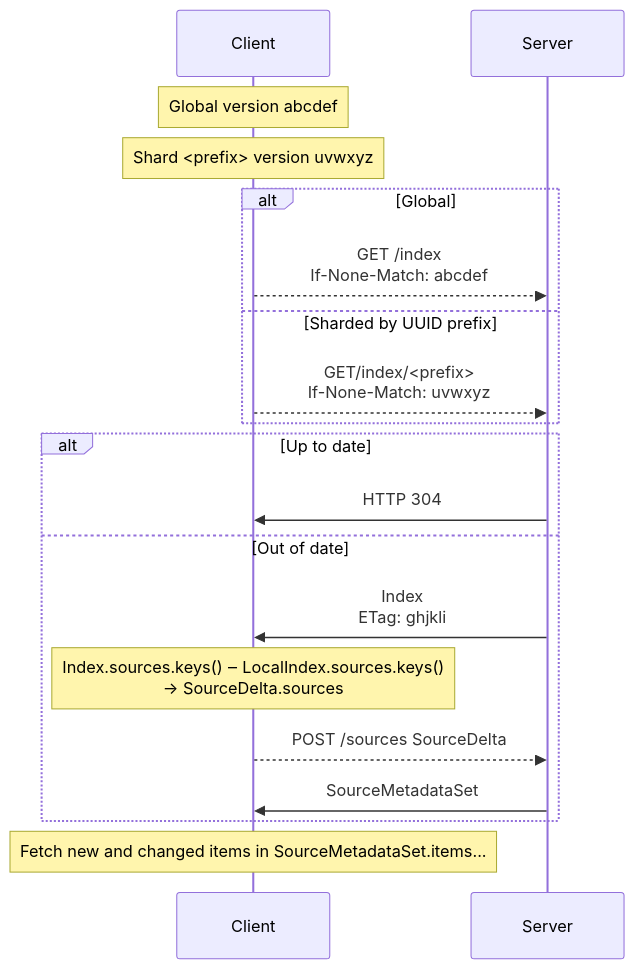
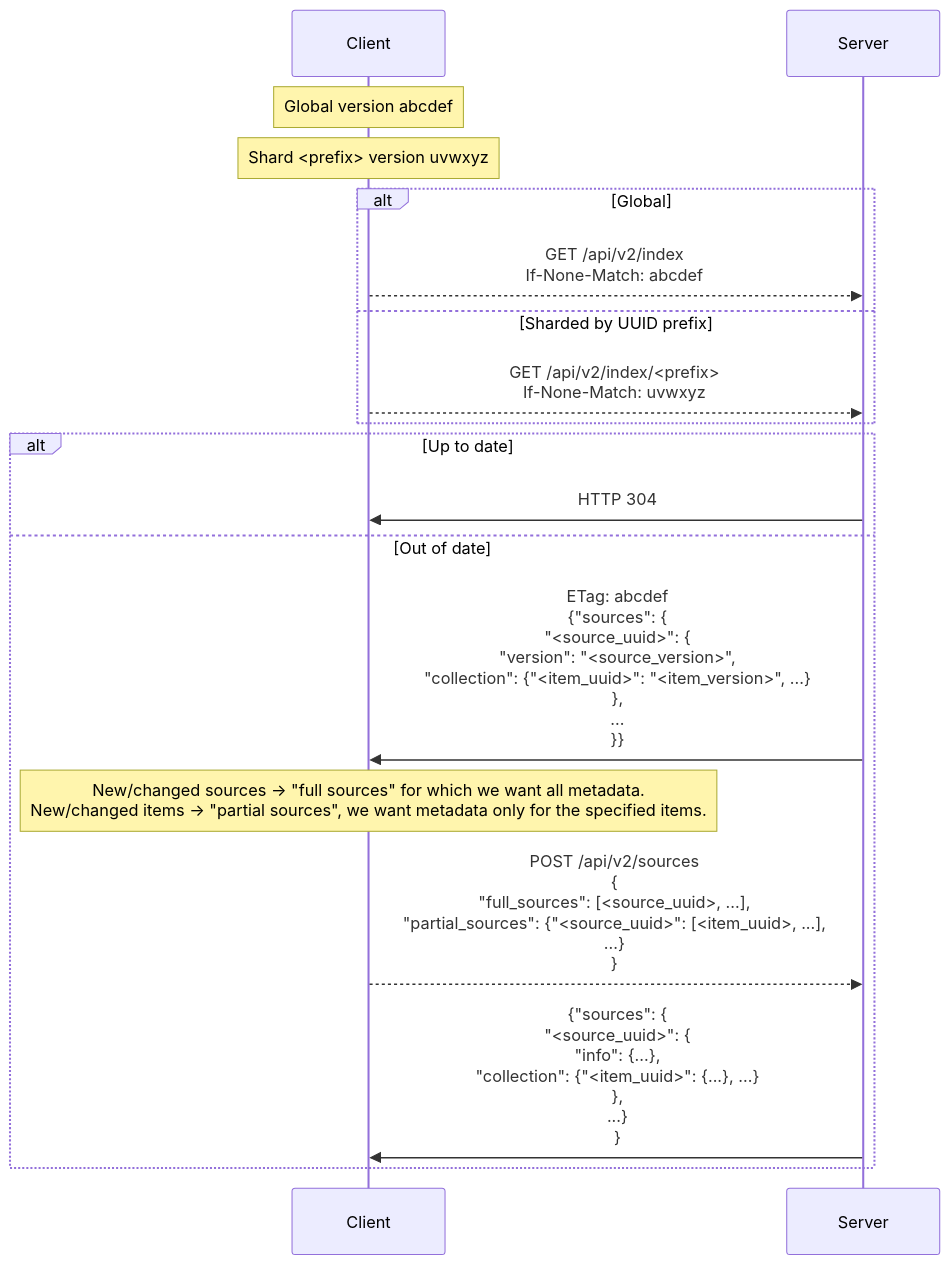
Before and after one commit to ppker/securedrop: the second of 2 diagrams in securedrop/journalist_app/api2/README.md, drawn with Mermaid. The commit also changed other lines of this file and 1 other file, not shown here.

Commit message:
docs: revise readme to reflect implementation; sync sequence diagram and docstrings

````diff
--- a/securedrop/journalist_app/api2/README.md
+++ b/securedrop/journalist_app/api2/README.md
@@ -58,25 +38,23 @@
 ```mermaid
 sequenceDiagram
 participant Client
 participant Server
 
 Note over Client: Global version abcdef
 Note over Client: Shard <prefix> version uvwxyz
 
 alt Global
-    Client -->> Server: GET /index<br>If-None-Match: abcdef
+    Client -->> Server: GET /api/v2/index<br>If-None-Match: abcdef
 else Sharded by UUID prefix
-    Client -->> Server: GET/index/<prefix><br>If-None-Match: uvwxyz
+    Client -->> Server: GET /api/v2/index/<prefix><br>If-None-Match: uvwxyz
 end
 
 alt Up to date
     Server ->> Client: HTTP 304
 else Out of date
-    Server ->> Client: Index<br>ETag: ghjkli
-    Note over Client: Index.sources.keys() ‒ LocalIndex.sources.keys()<br>→ SourceDelta.sources
-    Client -->> Server: POST /sources SourceDelta
-    Server ->> Client: SourceMetadataSet
+    Server ->> Client: ETag: abcdef<br>{"sources": {<br>"<source_uuid>": {<br>"version": "<source_version>",<br>"collection": {"<item_uuid>": "<item_version>", ...}<br>},<br>...<br>}}
+    Note over Client: New/changed sources → "full sources" for which we want all metadata.<br>New/changed items → "partial sources",  we want metadata only for the specified items.
+    Client -->> Server: POST /api/v2/sources<br>{<br>"full_sources": [<source_uuid>, ...],<br>"partial_sources": {"<source_uuid>": [<item_uuid>, ...],<br>...}<br>}
+    Server ->> Client: {"sources": {<br>"<source_uuid>": {<br>"info": {...},<br>"collection": {"<item_uuid>": {...}, ...}<br>},<br>...}<br>}
 end
-
-Note over Client: Fetch new and changed items in SourceMetadataSet.items...
 ```
````
